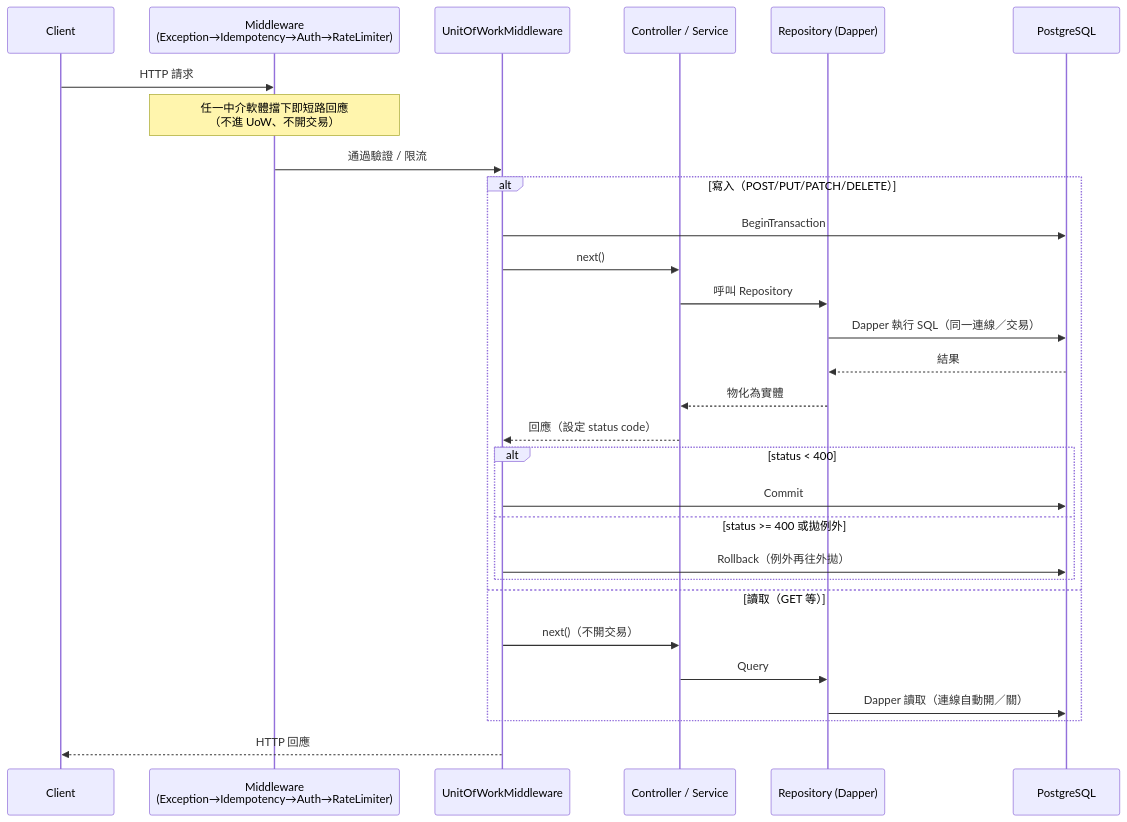
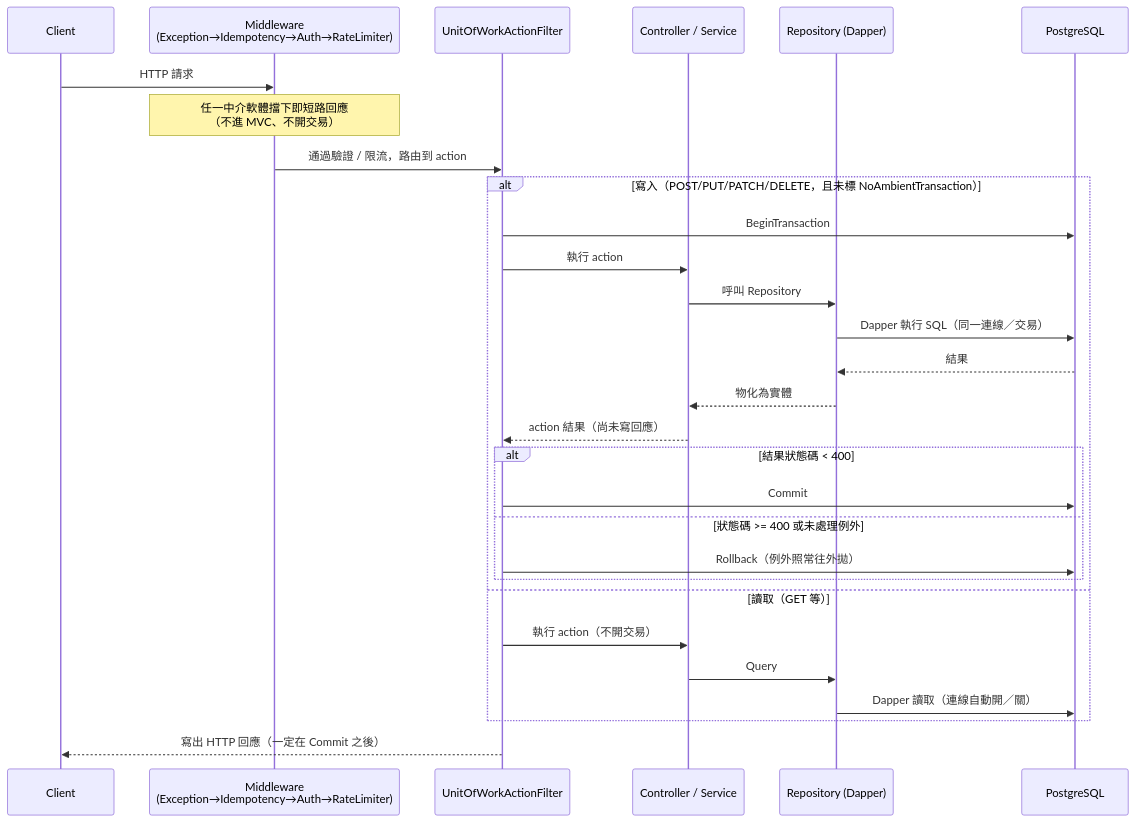
The fourth of 11 diagrams in docs/architecture.md (MinMiss5678/MapleStoryRaidScheduler), drawn with Mermaid before and after one commit. The commit also changed other lines of this file and 9 other files, not shown here.

First line of the commit message:
fix(tx): 交易改由全域 action filter 管，commit 一定早於回應送出（C 組，PR ③）

````diff
--- a/docs/architecture.md
+++ b/docs/architecture.md
@@ -337,32 +342,32 @@
 ```mermaid
 sequenceDiagram
     participant C as Client
     participant MW as Middleware<br/>(Exception→Idempotency→Auth→RateLimiter)
-    participant UoW as UnitOfWorkMiddleware
+    participant UoW as UnitOfWorkActionFilter
     participant Ctrl as Controller / Service
     participant Repo as Repository (Dapper)
     participant DB as PostgreSQL
 
     C->>MW: HTTP 請求
-    Note over MW: 任一中介軟體擋下即短路回應<br/>（不進 UoW、不開交易）
-    MW->>UoW: 通過驗證 / 限流
-    alt 寫入（POST/PUT/PATCH/DELETE）
+    Note over MW: 任一中介軟體擋下即短路回應<br/>（不進 MVC、不開交易）
+    MW->>UoW: 通過驗證 / 限流，路由到 action
+    alt 寫入（POST/PUT/PATCH/DELETE，且未標 NoAmbientTransaction）
         UoW->>DB: BeginTransaction
-        UoW->>Ctrl: next()
+        UoW->>Ctrl: 執行 action
         Ctrl->>Repo: 呼叫 Repository
         Repo->>DB: Dapper 執行 SQL（同一連線／交易）
         DB-->>Repo: 結果
         Repo-->>Ctrl: 物化為實體
-        Ctrl-->>UoW: 回應（設定 status code）
-        alt status < 400
+        Ctrl-->>UoW: action 結果（尚未寫回應）
+        alt 結果狀態碼 < 400
             UoW->>DB: Commit
-        else status >= 400 或拋例外
-            UoW->>DB: Rollback（例外再往外拋）
+        else 狀態碼 >= 400 或未處理例外
+            UoW->>DB: Rollback（例外照常往外拋）
         end
     else 讀取（GET 等）
-        UoW->>Ctrl: next()（不開交易）
+        UoW->>Ctrl: 執行 action（不開交易）
         Ctrl->>Repo: Query
         Repo->>DB: Dapper 讀取（連線自動開／關）
     end
-    UoW-->>C: HTTP 回應
+    UoW-->>C: 寫出 HTTP 回應（一定在 Commit 之後）
 ```
````
